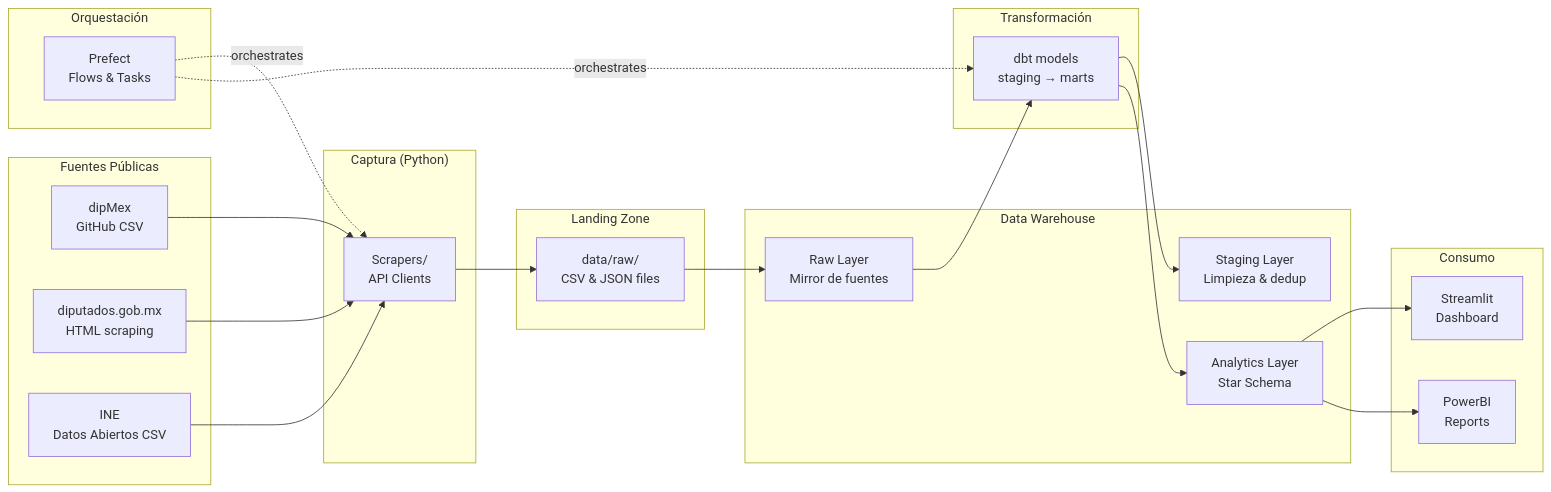
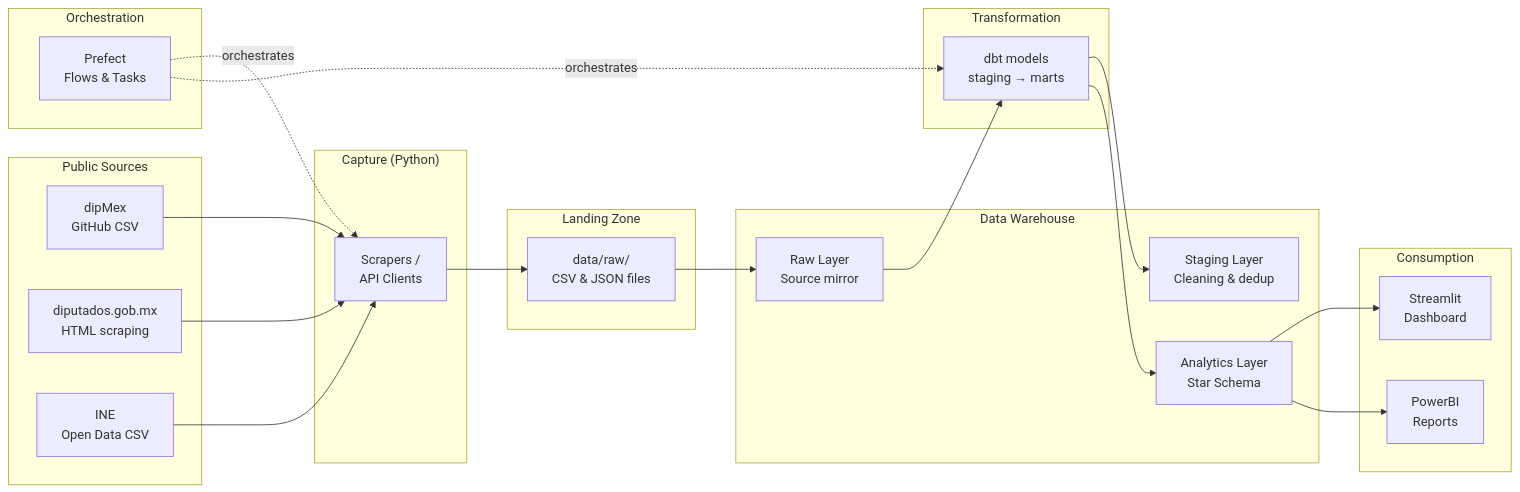
The diagram in legislative-data-pipeline/docs/architecture.md (MarioCasanovacf/Portfolio), drawn with Mermaid before and after one commit. The commit also changed other lines of this file and 11 other files, not shown here.

````diff
--- a/legislative-data-pipeline/docs/architecture.md
+++ b/legislative-data-pipeline/docs/architecture.md
@@ -5,48 +5,48 @@
 ```mermaid
 graph LR
-    subgraph Sources["Fuentes Públicas"]
+    subgraph Sources["Public Sources"]
         DM[dipMex<br/>GitHub CSV]
         CD[diputados.gob.mx<br/>HTML scraping]
-        INE[INE<br/>Datos Abiertos CSV]
+        INE[INE<br/>Open Data CSV]
     end
 
-    subgraph Capture["Captura (Python)"]
-        SC[Scrapers/<br/>API Clients]
+    subgraph Capture["Capture (Python)"]
+        SC[Scrapers /<br/>API Clients]
     end
 
     subgraph Landing["Landing Zone"]
         LZ[data/raw/<br/>CSV & JSON files]
     end
 
     subgraph Warehouse["Data Warehouse"]
-        RAW[Raw Layer<br/>Mirror de fuentes]
-        STG[Staging Layer<br/>Limpieza & dedup]
+        RAW[Raw Layer<br/>Source mirror]
+        STG[Staging Layer<br/>Cleaning & dedup]
         ANA[Analytics Layer<br/>Star Schema]
     end
 
-    subgraph Transform["Transformación"]
+    subgraph Transform["Transformation"]
         DBT[dbt models<br/>staging → marts]
     end
 
-    subgraph Consume["Consumo"]
+    subgraph Consume["Consumption"]
         ST[Streamlit<br/>Dashboard]
         PBI[PowerBI<br/>Reports]
     end
 
-    subgraph Orchestration["Orquestación"]
+    subgraph Orchestration["Orchestration"]
         PF[Prefect<br/>Flows & Tasks]
     end
 
     DM --> SC
     CD --> SC
     INE --> SC
     SC --> LZ
     LZ --> RAW
     RAW --> DBT
     DBT --> STG
     DBT --> ANA
     ANA --> ST
     ANA --> PBI
     PF -.->|orchestrates| SC
     PF -.->|orchestrates| DBT
 ```
````
